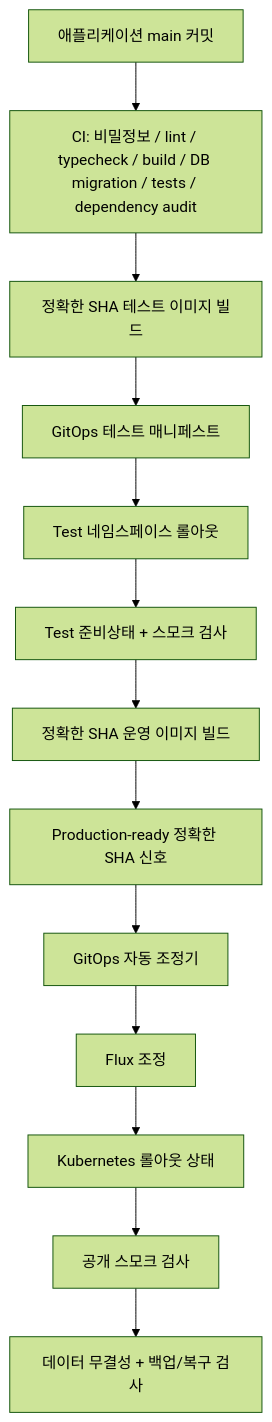
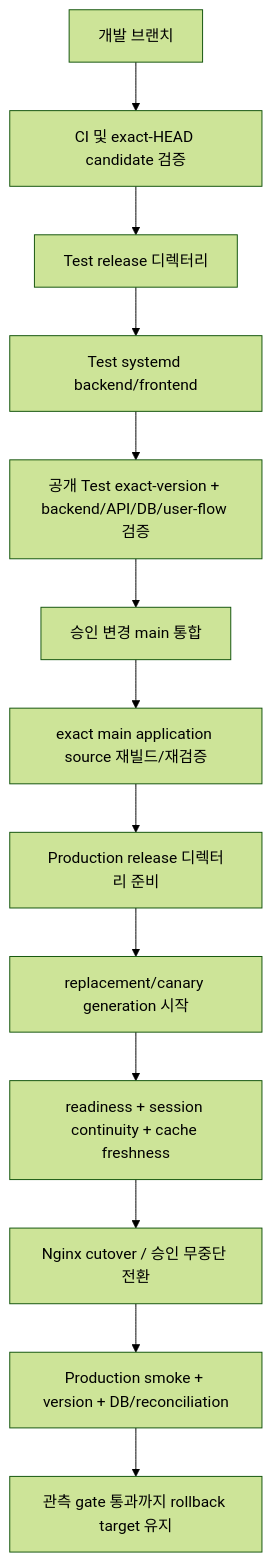
The diagram in docs/architecture/deployment-flow.ko.md (wtrdd1-hash/Woldeok-Moneyverse-Migration), drawn with Mermaid (forest theme) before and after one commit. The commit also changed other lines of this file and 102 other files, not shown here.

````diff
--- a/docs/architecture/deployment-flow.ko.md
+++ b/docs/architecture/deployment-flow.ko.md
@@ -7,15 +28,15 @@
 ```mermaid
 flowchart TD
-    M[애플리케이션 main 커밋] --> CI[CI: 비밀정보 / lint / typecheck / build / DB migration / tests / dependency audit]
-    CI --> TI[정확한 SHA 테스트 이미지 빌드]
-    TI --> TG[GitOps 테스트 매니페스트]
-    TG --> TR[Test 네임스페이스 롤아웃]
-    TR --> TV[Test 준비상태 + 스모크 검사]
-    TV --> PI[정확한 SHA 운영 이미지 빌드]
-    PI --> AS[Production-ready 정확한 SHA 신호]
-    AS --> GR[GitOps 자동 조정기]
-    GR --> FX[Flux 조정]
-    FX --> KR[Kubernetes 롤아웃 상태]
-    KR --> SM[공개 스모크 검사]
-    SM --> DA[데이터 무결성 + 백업/복구 검사]
+    B[개발 브랜치] --> CI[CI 및 exact-HEAD candidate 검증]
+    CI --> T[Test release 디렉터리]
+    T --> TS[Test systemd backend/frontend]
+    TS --> TV[공개 Test exact-version + backend/API/DB/user-flow 검증]
+    TV --> M[승인 변경 main 통합]
+    M --> RT[exact main application source 재빌드/재검증]
+    RT --> P[Production release 디렉터리 준비]
+    P --> C[replacement/canary generation 시작]
+    C --> H[readiness + session continuity + cache freshness]
+    H --> N[Nginx cutover / 승인 무중단 전환]
+    N --> S[Production smoke + version + DB/reconciliation]
+    S --> K[관측 gate 통과까지 rollback target 유지]
 ```
````
